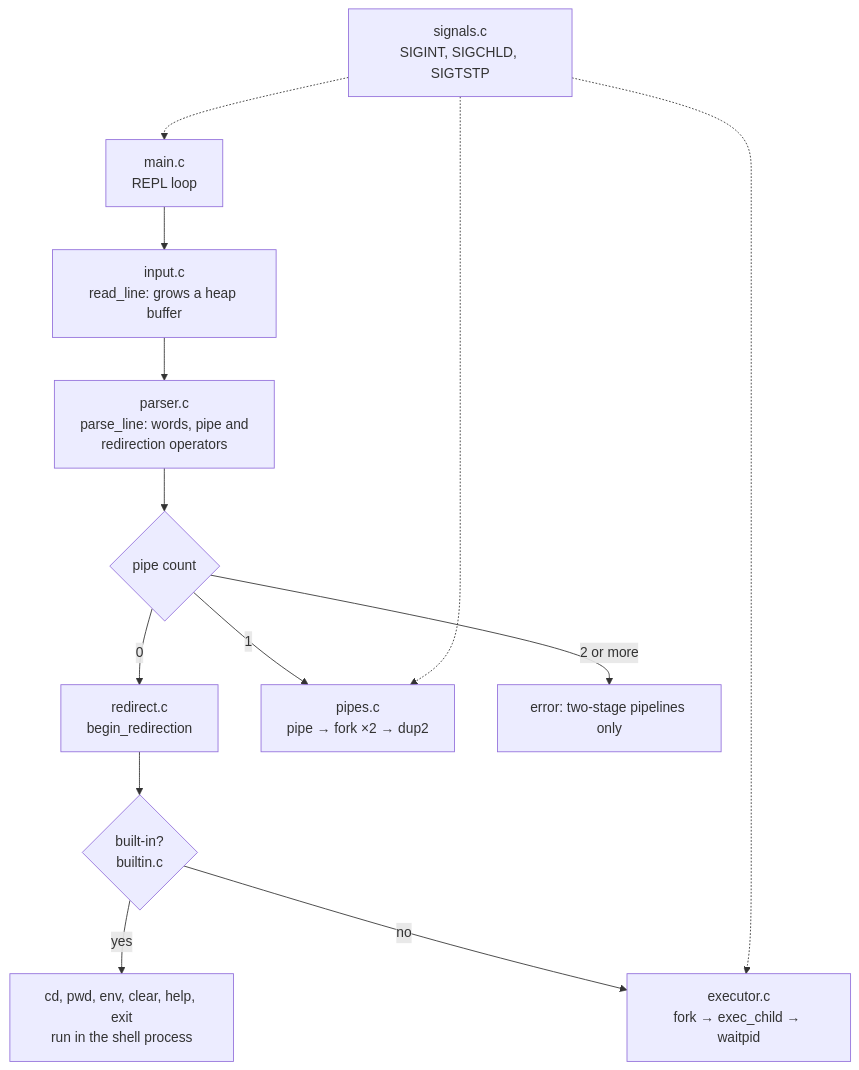
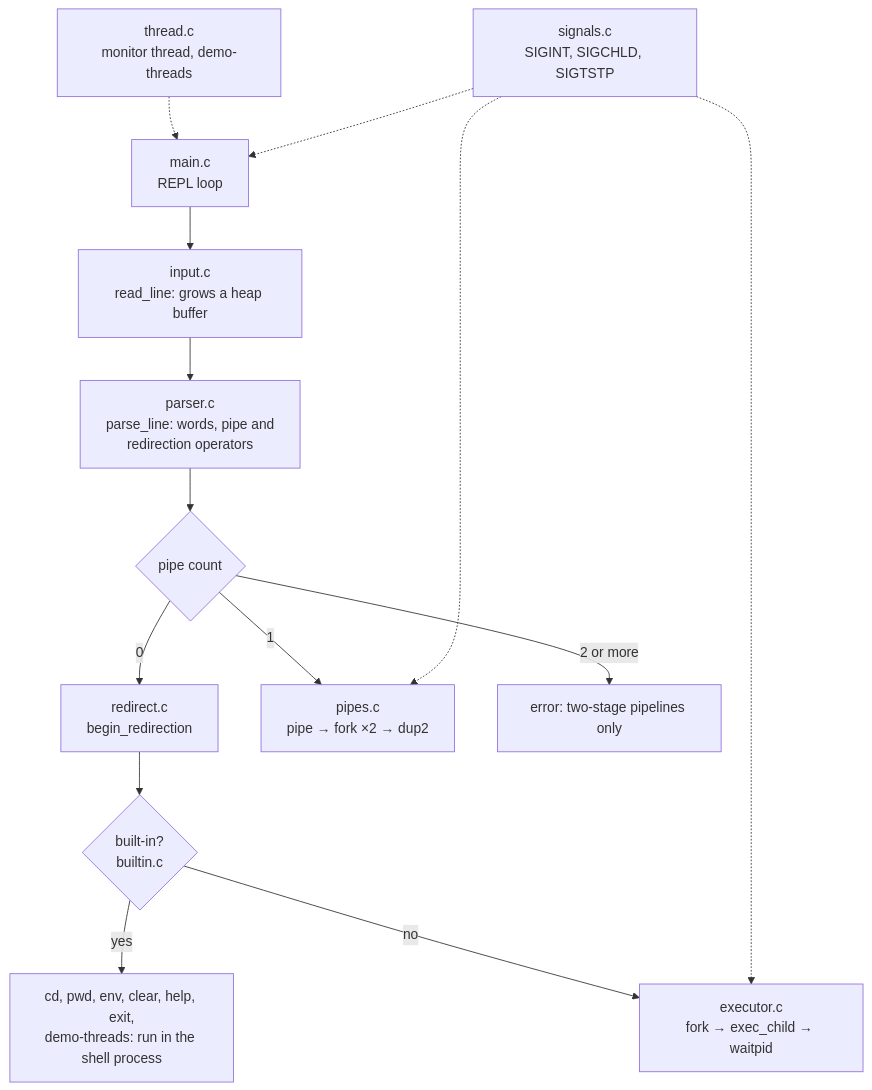
One commit to SathyaMaragani/Enterprise-Knowledge-Intelligence-Platform changed the second of 2 diagrams in docs/ossp/OSSP.md. Above: the diagram before and after it, drawn with Mermaid. The commit also changed other lines of this file and 38 other files, not shown here.

````diff
--- a/docs/ossp/OSSP.md
+++ b/docs/ossp/OSSP.md
@@ -34,15 +42,16 @@
 ```mermaid
 flowchart TD
     M["main.c<br/>REPL loop"] --> IN["input.c<br/>read_line: grows a heap buffer"]
     IN --> P["parser.c<br/>parse_line: words, pipe and<br/>redirection operators"]
     P --> D{"pipe count"}
     D -- "0" --> R["redirect.c<br/>begin_redirection"]
     R --> B{"built-in?<br/>builtin.c"}
-    B -- yes --> BI["cd, pwd, env, clear, help, exit<br/>run in the shell process"]
+    B -- yes --> BI["cd, pwd, env, clear, help, exit,<br/>demo-threads: run in the shell process"]
     B -- no --> EX["executor.c<br/>fork → exec_child → waitpid"]
     D -- "1" --> PI["pipes.c<br/>pipe → fork ×2 → dup2"]
     D -- "2 or more" --> ERR["error: two-stage pipelines only"]
+    TH["thread.c<br/>monitor thread, demo-threads"] -.-> M
     SIG["signals.c<br/>SIGINT, SIGCHLD, SIGTSTP"] -.-> M
     SIG -.-> EX
     SIG -.-> PI
 ```
````
